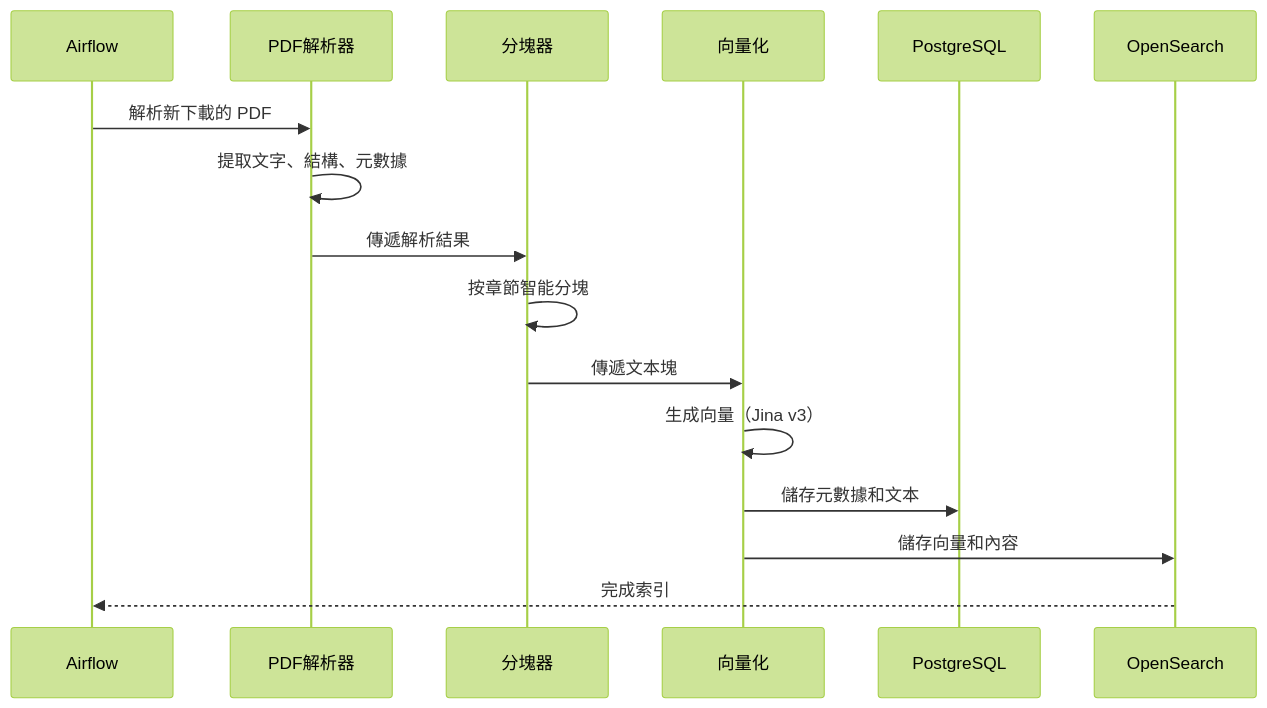
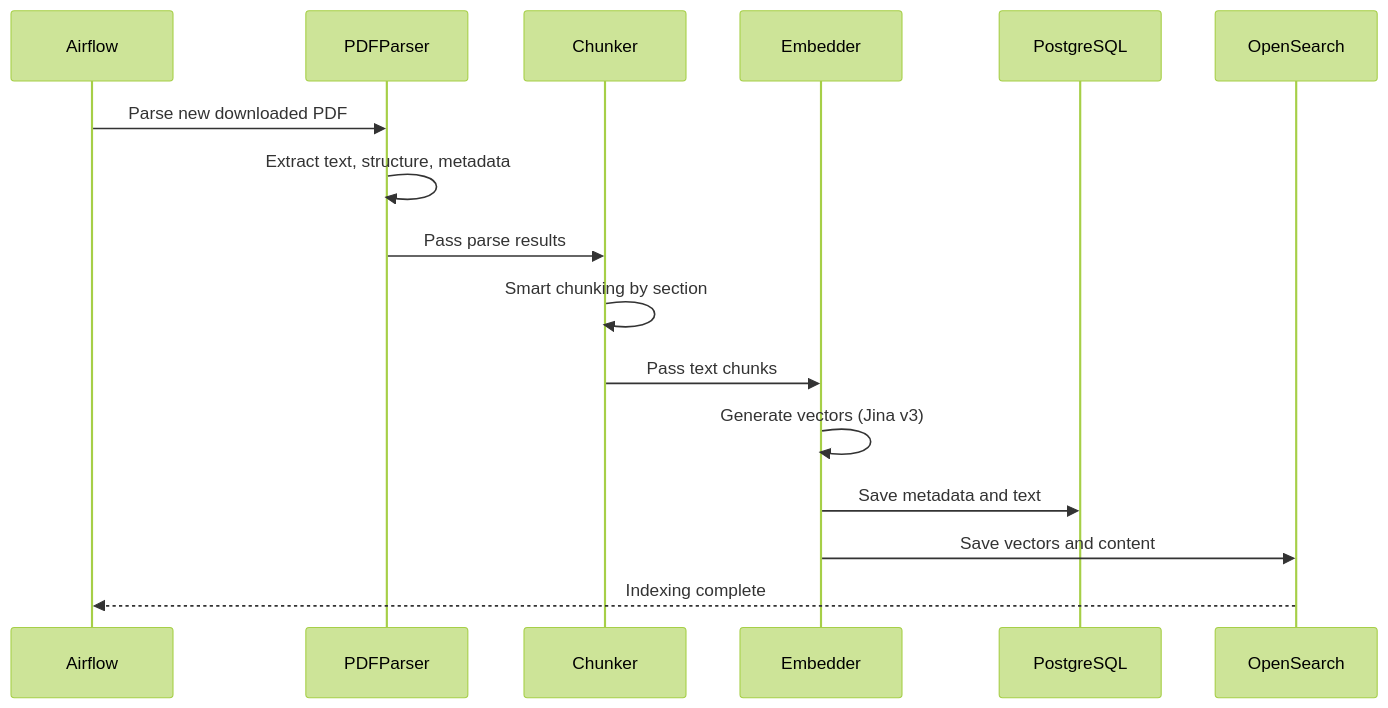
The third of 4 diagrams in docs/SYSTEM_OVERVIEW.md (hanssusansu/Ganoderma-Paper-RAG-System-), drawn with Mermaid (forest theme) before and after one commit. The commit also changed other lines of this file and 26 other files, not shown here.

````diff
--- a/docs/SYSTEM_OVERVIEW.md
+++ b/docs/SYSTEM_OVERVIEW.md
@@ -201,19 +201,19 @@
 ```mermaid
 sequenceDiagram
     participant Airflow
-    participant Parser as PDF解析器
-    participant Chunker as 分塊器
-    participant Embedder as 向量化
+    participant Parser as PDFParser
+    participant Chunker
+    participant Embedder
     participant DB as PostgreSQL
     participant OS as OpenSearch
     
-    Airflow->>Parser: 解析新下載的 PDF
-    Parser->>Parser: 提取文字、結構、元數據
-    Parser->>Chunker: 傳遞解析結果
-    Chunker->>Chunker: 按章節智能分塊
-    Chunker->>Embedder: 傳遞文本塊
-    Embedder->>Embedder: 生成向量（Jina v3）
-    Embedder->>DB: 儲存元數據和文本
-    Embedder->>OS: 儲存向量和內容
-    OS-->>Airflow: 完成索引
+    Airflow->>Parser: Parse new downloaded PDF
+    Parser->>Parser: Extract text, structure, metadata
+    Parser->>Chunker: Pass parse results
+    Chunker->>Chunker: Smart chunking by section
+    Chunker->>Embedder: Pass text chunks
+    Embedder->>Embedder: Generate vectors (Jina v3)
+    Embedder->>DB: Save metadata and text
+    Embedder->>OS: Save vectors and content
+    OS-->>Airflow: Indexing complete
 ```
````
